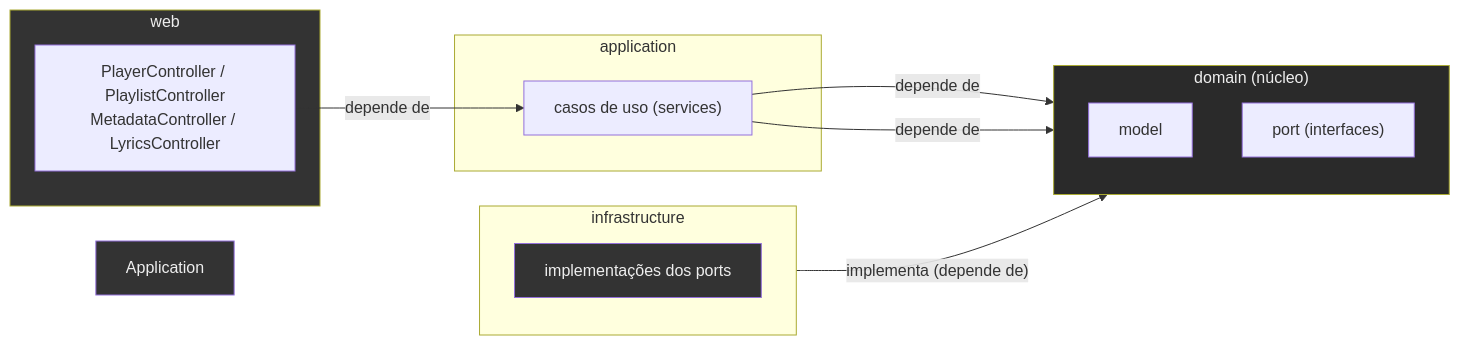
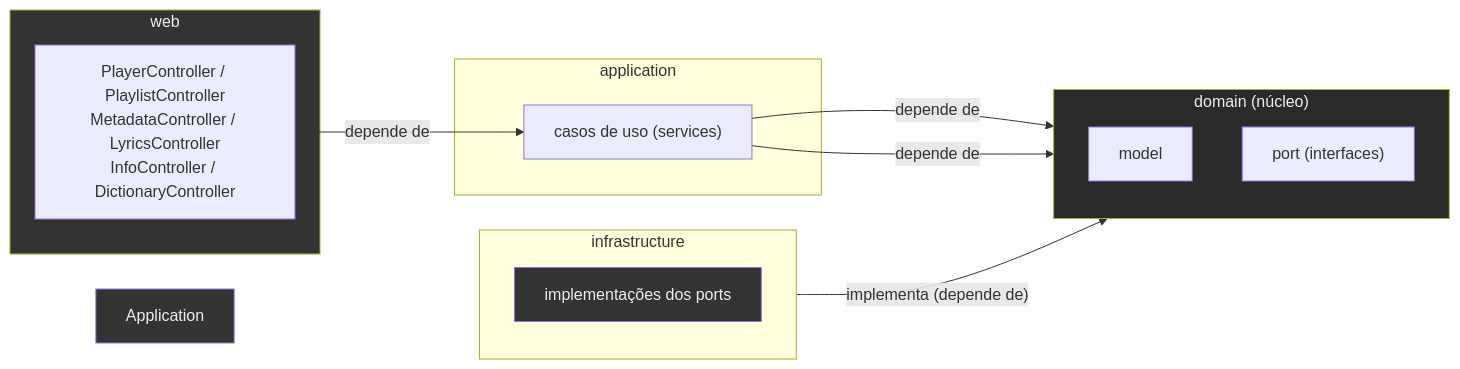
The second of 9 diagrams in docs/architecture.md (jpontesmartins/mp3-player), drawn with Mermaid before and after one commit. The commit also changed other lines of this file and 25 other files, not shown here.

Commit message:
atualização javadocs, readmes, architecture.md

````diff
--- a/docs/architecture.md
+++ b/docs/architecture.md
@@ -82,30 +96,30 @@
 ```mermaid
 flowchart LR
     subgraph Center["domain (núcleo)"]
         direction TB
         Model["model"]
         Ports["port (interfaces)"]
     end
 
     subgraph App["application"]
         Svc["casos de uso (services)"]
     end
 
     subgraph Infra["infrastructure"]
         Impl["implementações dos ports"]
     end
 
     subgraph Web["web"]
-        Ctrl["PlayerController / PlaylistController<br/>MetadataController / LyricsController"]
+        Ctrl["PlayerController / PlaylistController<br/>MetadataController / LyricsController<br/>InfoController / DictionaryController"]
     end
 
     Ctrl -->|depende de| Svc
     Svc -->|depende de| Ports
     Svc -->|depende de| Model
     Infra -->|"implementa (depende de)"| Ports
 
     style Impl fill:#333,color:#eee
     style Center fill:#2a2a2a,color:#eee
     style Application fill:#333,color:#eee
     style Web fill:#333,color:#eee
 ```
````
